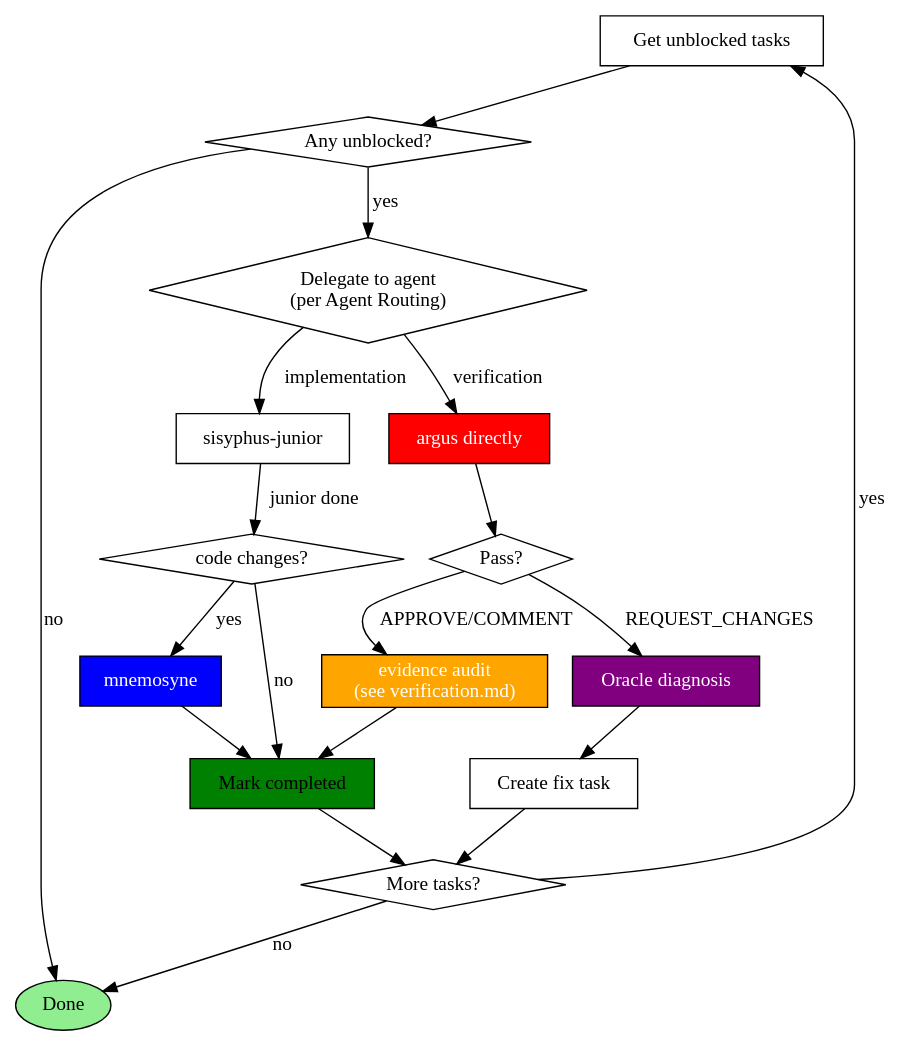
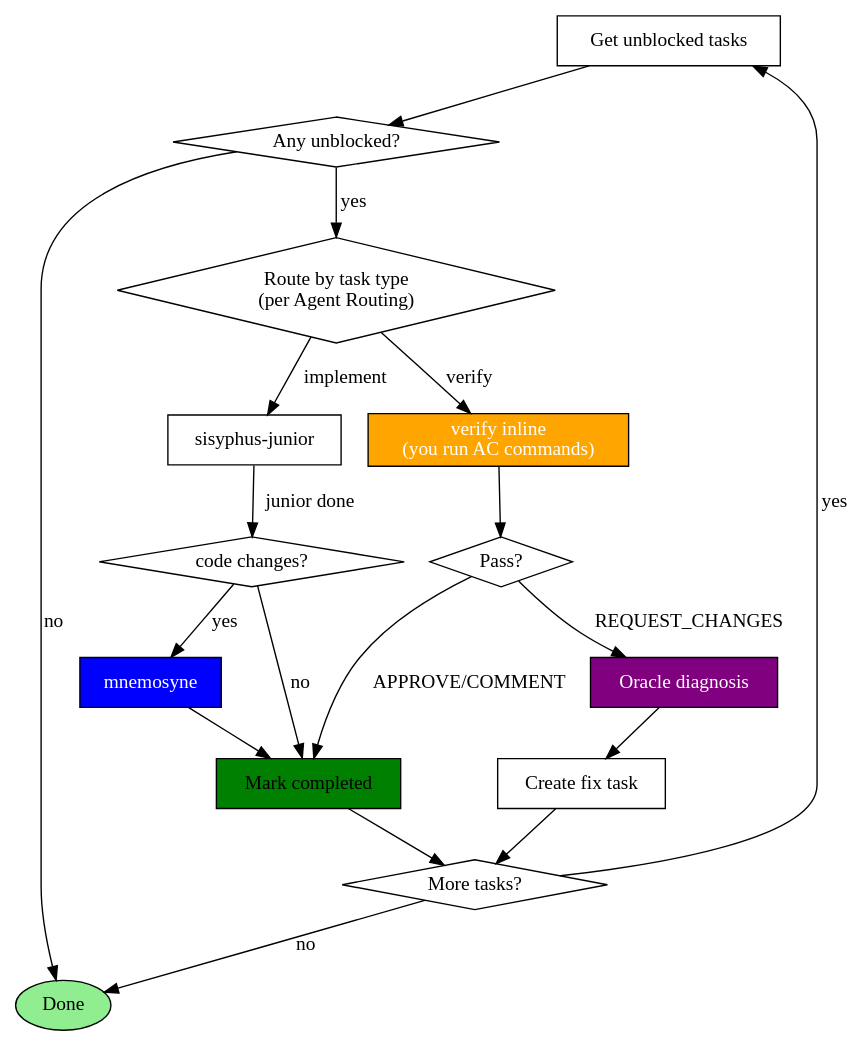
Before and after one commit to toongri/oh-my-toong-playground: the diagram in skills/sisyphus/SKILL.md, drawn with Graphviz. The commit also changed other lines of this file and 33 other files, not shown here.

First line of the commit message:
refactor: argus 전역 삭제 + inline-verify 이관

````diff
--- a/skills/sisyphus/SKILL.md
+++ b/skills/sisyphus/SKILL.md
@@ -159,38 +159,36 @@
 ```dot
 digraph task_loop {
     rankdir=TB;
     "Get unblocked tasks" [shape=box];
     "Any unblocked?" [shape=diamond];
-    "Delegate to agent\n(per Agent Routing)" [shape=diamond];
+    "Route by task type\n(per Agent Routing)" [shape=diamond];
     "sisyphus-junior" [shape=box];
-    "argus directly" [shape=box, style=filled, fillcolor=red, fontcolor=white];
+    "verify inline\n(you run AC commands)" [shape=box, style=filled, fillcolor=orange, fontcolor=white];
     "Pass?" [shape=diamond];
-    "evidence audit\n(see verification.md)" [shape=box, style=filled, fillcolor=orange, fontcolor=white];
     "code changes?" [shape=diamond];
     "mnemosyne" [shape=box, style=filled, fillcolor=blue, fontcolor=white];
     "Mark completed" [shape=box, style=filled, fillcolor=green];
     "Oracle diagnosis" [shape=box, style=filled, fillcolor=purple, fontcolor=white];
     "Create fix task" [shape=box];
     "More tasks?" [shape=diamond];
     "Done" [shape=ellipse, style=filled, fillcolor=lightgreen];
 
     "Get unblocked tasks" -> "Any unblocked?";
-    "Any unblocked?" -> "Delegate to agent\n(per Agent Routing)" [label="yes"];
+    "Any unblocked?" -> "Route by task type\n(per Agent Routing)" [label="yes"];
     "Any unblocked?" -> "Done" [label="no"];
-    "Delegate to agent\n(per Agent Routing)" -> "sisyphus-junior" [label="implementation"];
-    "Delegate to agent\n(per Agent Routing)" -> "argus directly" [label="verification"];
+    "Route by task type\n(per Agent Routing)" -> "sisyphus-junior" [label="implement"];
+    "Route by task type\n(per Agent Routing)" -> "verify inline\n(you run AC commands)" [label="verify"];
     "sisyphus-junior" -> "code changes?" [label="junior done"];
-    "Pass?" -> "evidence audit\n(see verification.md)" [label="APPROVE/COMMENT"];
+    "verify inline\n(you run AC commands)" -> "Pass?";
+    "Pass?" -> "Mark completed" [label="APPROVE/COMMENT"];
     "Pass?" -> "Oracle diagnosis" [label="REQUEST_CHANGES"];
-    "evidence audit\n(see verification.md)" -> "Mark completed";
     "code changes?" -> "mnemosyne" [label="yes"];
     "code changes?" -> "Mark completed" [label="no"];
     "mnemosyne" -> "Mark completed";
-    "argus directly" -> "Pass?";
     "Oracle diagnosis" -> "Create fix task";
     "Mark completed" -> "More tasks?";
     "Create fix task" -> "More tasks?";
     "More tasks?" -> "Get unblocked tasks" [label="yes"];
     "More tasks?" -> "Done" [label="no"];
 }
 ```
````
